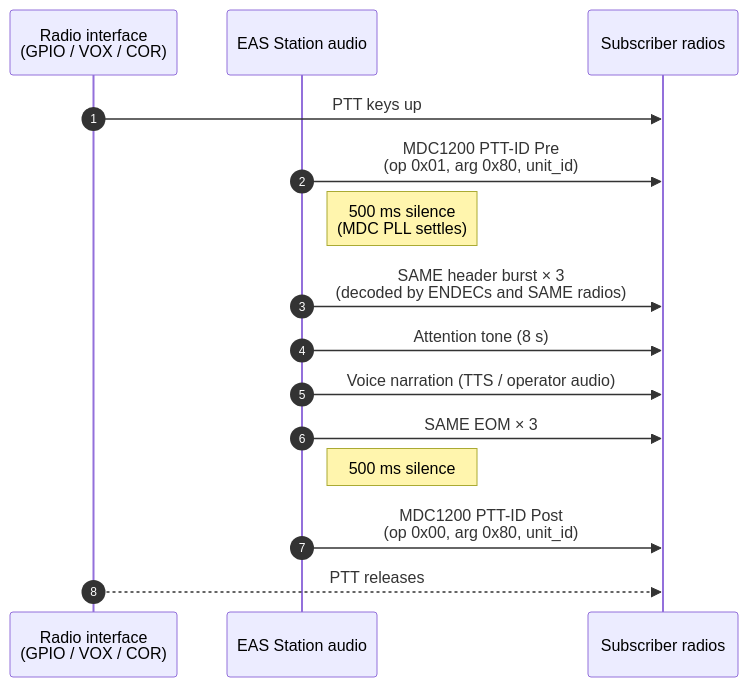
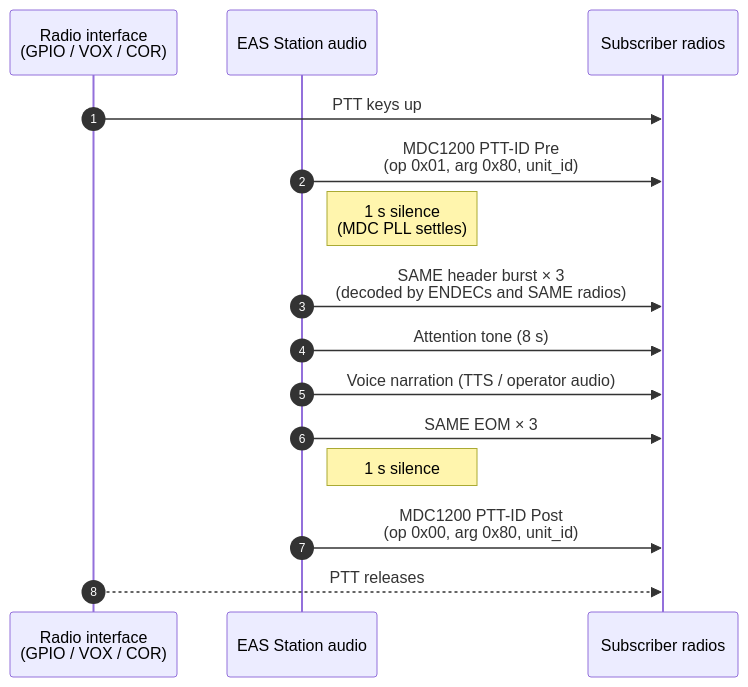
The first of 4 diagrams in docs/reference/protocols/MDC1200.md (KR8MER/eas-station), drawn with Mermaid before and after one commit. The commit also changed other lines of this file and 12 other files, not shown here.

````diff
--- a/docs/reference/protocols/MDC1200.md
+++ b/docs/reference/protocols/MDC1200.md
@@ -32,18 +32,18 @@
 ```mermaid
 sequenceDiagram
     autonumber
     participant Iface as Radio interface<br/>(GPIO / VOX / COR)
     participant Sta as EAS Station audio
     participant Sub as Subscriber radios
 
     Iface->>Sub: PTT keys up
     Sta->>Sub: MDC1200 PTT-ID Pre<br/>(op 0x01, arg 0x80, unit_id)
-    Note right of Sta: 500 ms silence<br/>(MDC PLL settles)
+    Note right of Sta: 1 s silence<br/>(MDC PLL settles)
     Sta->>Sub: SAME header burst × 3<br/>(decoded by ENDECs and SAME radios)
     Sta->>Sub: Attention tone (8 s)
     Sta->>Sub: Voice narration (TTS / operator audio)
     Sta->>Sub: SAME EOM × 3
-    Note right of Sta: 500 ms silence
+    Note right of Sta: 1 s silence
     Sta->>Sub: MDC1200 PTT-ID Post<br/>(op 0x00, arg 0x80, unit_id)
     Iface-->>Sub: PTT releases
 ```
````
